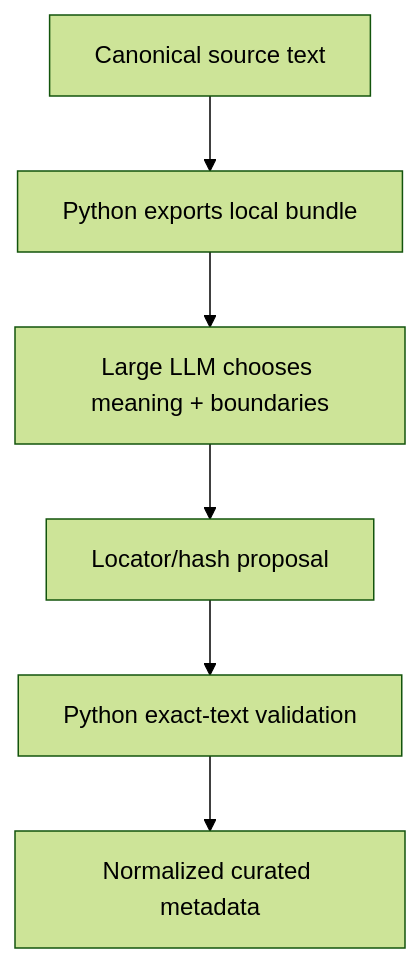
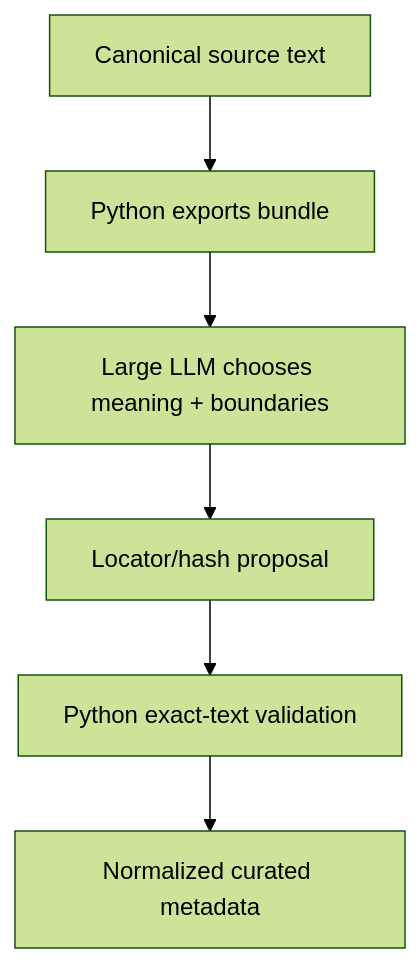
One commit to folk21/sibyl changed the second of 2 diagrams in docs/WORKFLOW.md. Above: the diagram before and after it, drawn with Mermaid (forest theme). The commit also changed other lines of this file and 26 other files, not shown here.

````diff
--- a/docs/WORKFLOW.md
+++ b/docs/WORKFLOW.md
@@ -115,8 +105,8 @@
 ```mermaid
 flowchart TD
-    C[Canonical source text] --> E[Python exports local bundle]
+    C[Canonical source text] --> E[Python exports bundle]
     E --> L[Large LLM chooses meaning + boundaries]
     L --> P[Locator/hash proposal]
     P --> V[Python exact-text validation]
     V --> N[Normalized curated metadata]
 ```
````
